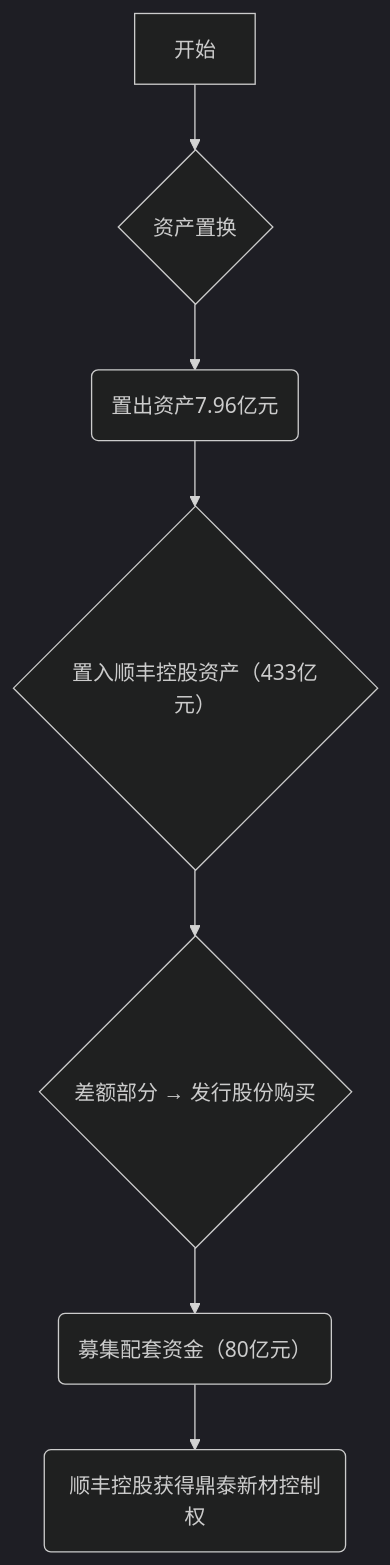
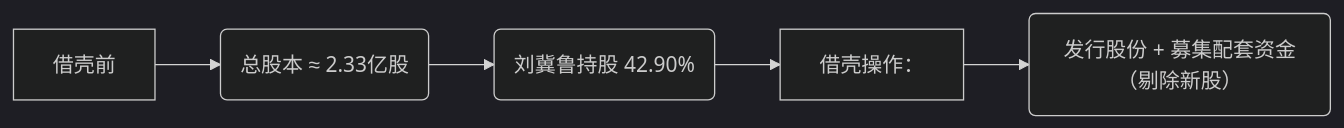
One commit to 1149561798/iodraw-files changed the diagram in all/未命名-2.md. Above: the diagram before and after it, drawn with Mermaid (dark theme).

Commit message:
2025-05-13 21:15:06 update

````diff
--- a/all/未命名-2.md
+++ b/all/未命名-2.md
@@ -1,9 +1,8 @@
 ```mermaid
-graph TD
-    A[开始] --> B{资产置换};
-    B --> C("置出资产7.96亿元");
-    C --> D{置入顺丰控股资产（433亿元）};
-    D --> E{差额部分 → 发行股份购买};
-    E --> F("募集配套资金（80亿元）");
-    F --> G("顺丰控股获得鼎泰新材控制权");
+graph LR
+    A[借壳前] --> B(总股本 ≈ 2.33亿股);
+    B --> C(刘冀鲁持股 42.90%);
+    C --> D[借壳操作：];
+    D --> E(发行股份 + 募集配套资金（剔除新股）);
+
 ```
````
